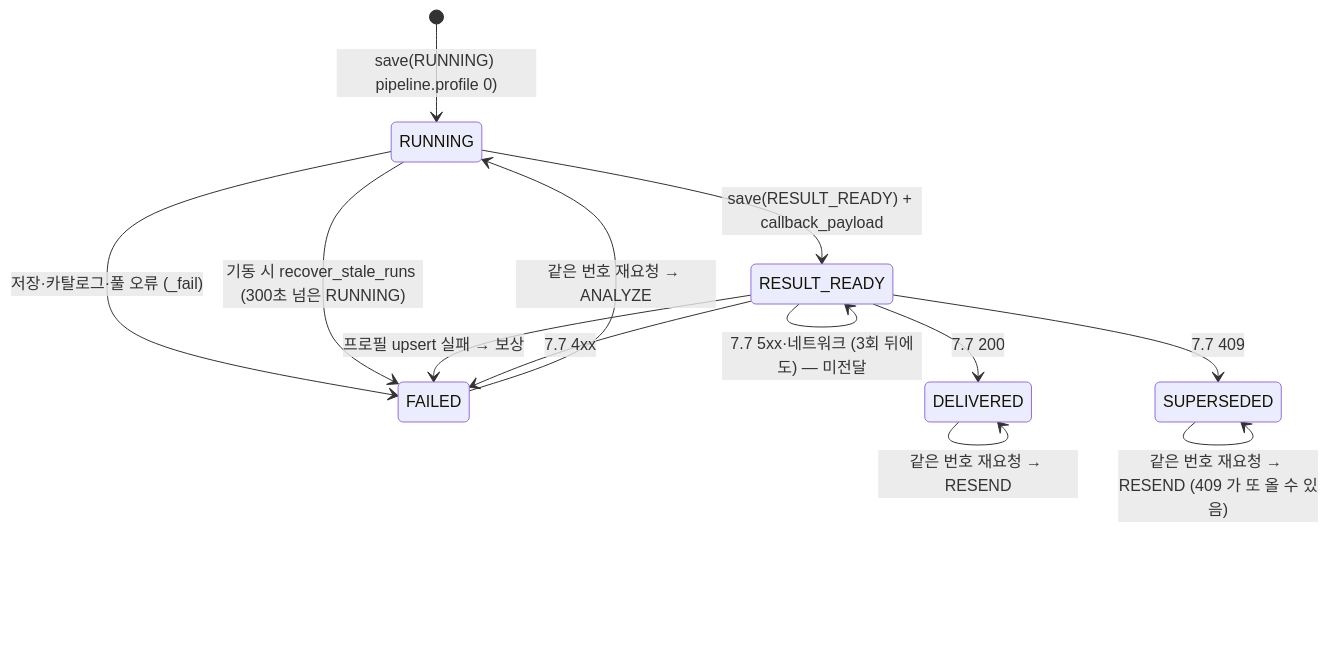
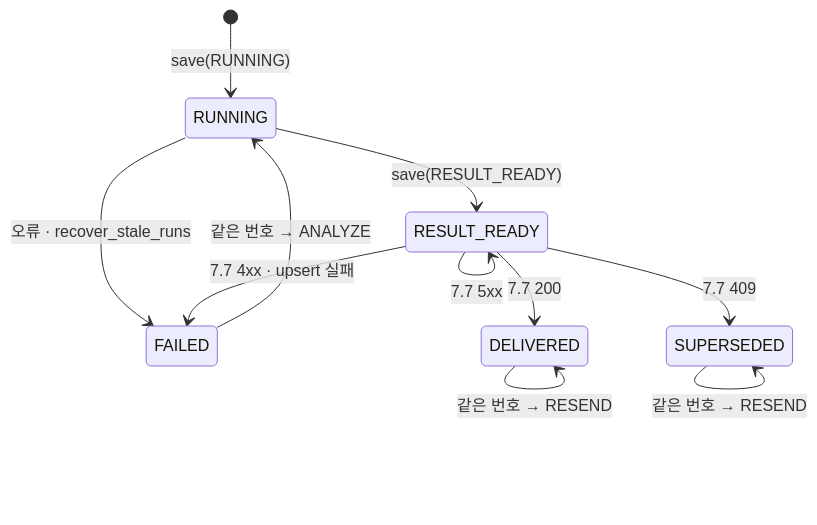
The diagram in profiling/docs/학습_가이드/07_데이터와_DB.md (100-hours-a-week/KTB4-12th-AI), drawn with Mermaid before and after one commit. The commit also changed 70 other files, not shown here.

````diff
--- a/profiling/docs/학습_가이드/07_데이터와_DB.md
+++ b/profiling/docs/학습_가이드/07_데이터와_DB.md
@@ -214,15 +214,13 @@
 ```mermaid
 stateDiagram-v2
-  [*] --> RUNNING : save(RUNNING) pipeline.profile 0)
-  RUNNING --> FAILED : 저장·카탈로그·풀 오류 (_fail)
-  RUNNING --> FAILED : 기동 시 recover_stale_runs (300초 넘은 RUNNING)
-  RUNNING --> RESULT_READY : save(RESULT_READY) + callback_payload
-  RESULT_READY --> FAILED : 프로필 upsert 실패 → 보상
+  [*] --> RUNNING : save(RUNNING)
+  RUNNING --> FAILED : 오류 · recover_stale_runs
+  RUNNING --> RESULT_READY : save(RESULT_READY)
+  RESULT_READY --> FAILED : 7.7 4xx · upsert 실패
   RESULT_READY --> DELIVERED : 7.7 200
   RESULT_READY --> SUPERSEDED : 7.7 409
-  RESULT_READY --> FAILED : 7.7 4xx
-  RESULT_READY --> RESULT_READY : 7.7 5xx·네트워크 (3회 뒤에도) — 미전달
-  DELIVERED --> DELIVERED : 같은 번호 재요청 → RESEND
-  SUPERSEDED --> SUPERSEDED : 같은 번호 재요청 → RESEND (409 가 또 올 수 있음)
-  FAILED --> RUNNING : 같은 번호 재요청 → ANALYZE
+  RESULT_READY --> RESULT_READY : 7.7 5xx
+  DELIVERED --> DELIVERED : 같은 번호 → RESEND
+  SUPERSEDED --> SUPERSEDED : 같은 번호 → RESEND
+  FAILED --> RUNNING : 같은 번호 → ANALYZE
 ```
````
